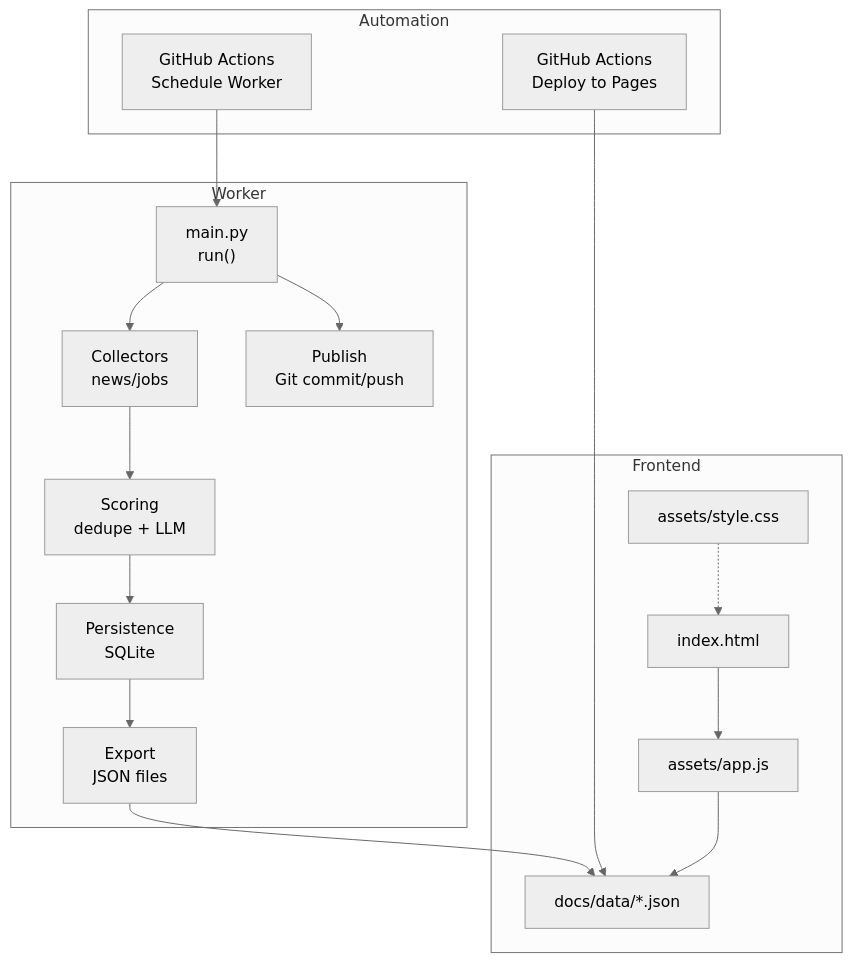
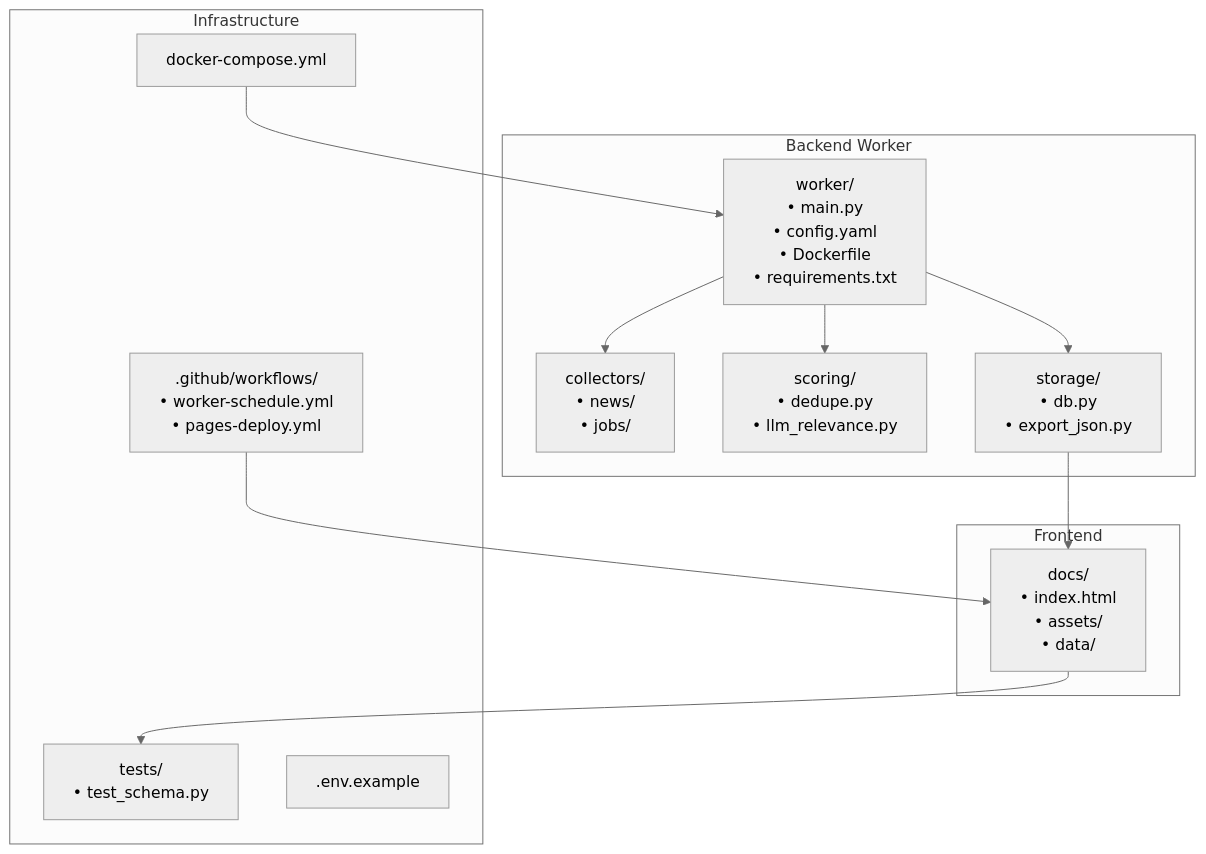
Before and after one commit to shakthi-vinayak/news: the second of 4 diagrams in .qoder/repowiki/en/content/Project Overview/Project Overview.md, drawn with Mermaid (neutral theme). The commit also changed other lines of this file and 32 other files, not shown here.

````diff
--- a/.qoder/repowiki/en/content/Project Overview/Project Overview.md
+++ b/.qoder/repowiki/en/content/Project Overview/Project Overview.md
@@ -161,27 +119,25 @@
 ```mermaid
 graph TB
-subgraph "Automation"
-A1["GitHub Actions<br/>Schedule Worker"]
-A2["GitHub Actions<br/>Deploy to Pages"]
-end
-subgraph "Worker"
-M["main.py<br/>run()"]
-C["Collectors<br/>news/jobs"]
-S["Scoring<br/>dedupe + LLM"]
-P["Persistence<br/>SQLite"]
-E["Export<br/>JSON files"]
-G["Publish<br/>Git commit/push"]
+subgraph "Backend Worker"
+Worker["worker/<br/>• main.py<br/>• config.yaml<br/>• Dockerfile<br/>• requirements.txt"]
+Collectors["collectors/<br/>• news/<br/>• jobs/"]
+Scoring["scoring/<br/>• dedupe.py<br/>• llm_relevance.py"]
+Storage["storage/<br/>• db.py<br/>• export_json.py"]
 end
 subgraph "Frontend"
-I["index.html"]
-J["assets/app.js"]
-K["assets/style.css"]
-D["docs/data/*.json"]
+Docs["docs/<br/>• index.html<br/>• assets/<br/>• data/"]
 end
-A1 --> M
-M --> C --> S --> P --> E --> D
-M --> G
-A2 --> D
-I --> J --> D
-K -.-> I
+subgraph "Infrastructure"
+Tests["tests/<br/>• test_schema.py"]
+Workflows[".github/workflows/<br/>• worker-schedule.yml<br/>• pages-deploy.yml"]
+Compose["docker-compose.yml"]
+Env[".env.example"]
+end
+Worker --> Collectors
+Worker --> Scoring
+Worker --> Storage
+Storage --> Docs
+Docs --> Tests
+Workflows --> Docs
+Compose --> Worker
 ```
````
